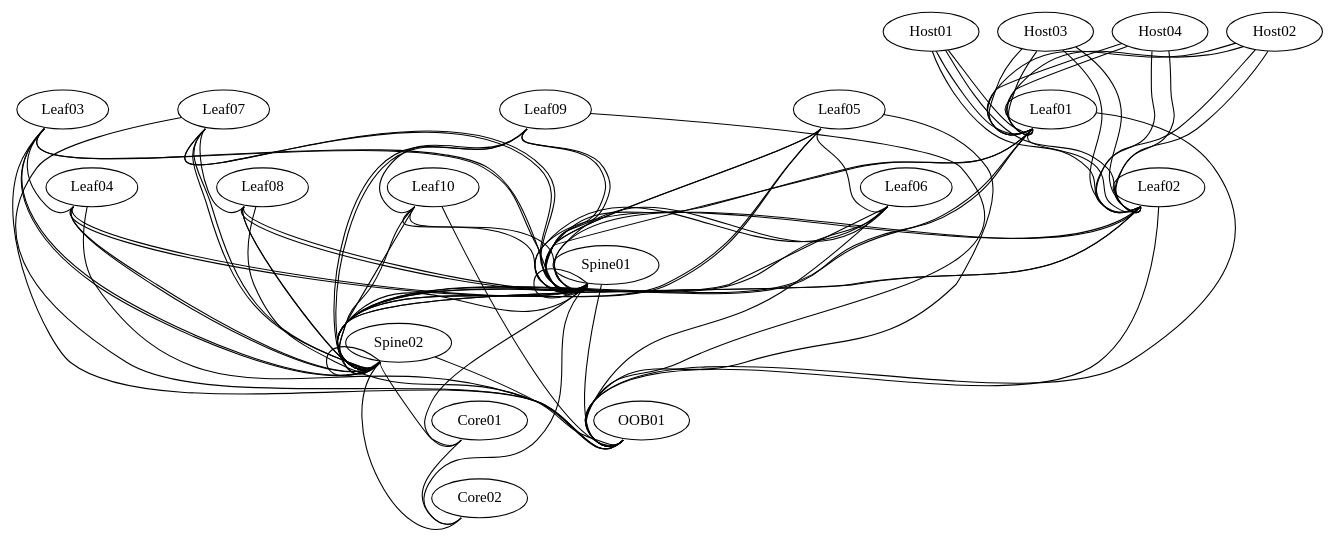
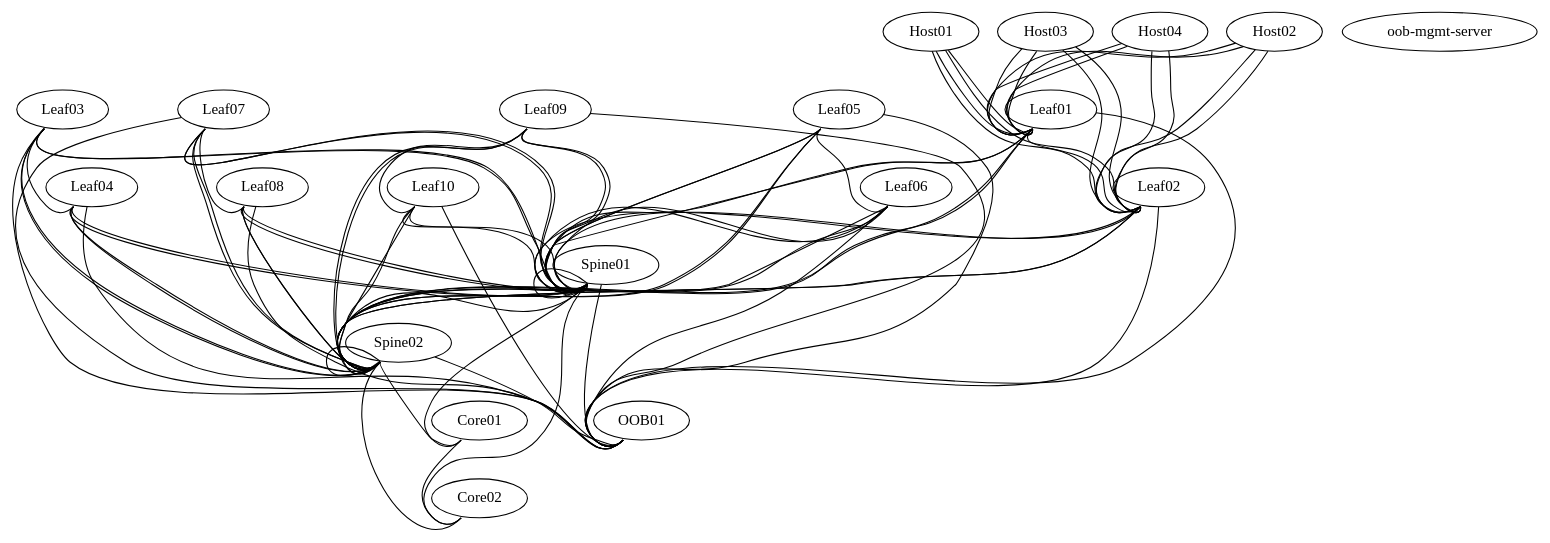
One commit to jhaydel/051616PoC changed the diagram in DOT_Files/10Leaf_LAG.dot. Above: the diagram before and after it, drawn with Graphviz. The commit also changed 9 other files, not shown here.

```diff
--- a/DOT_Files/10Leaf_LAG.dot
+++ b/DOT_Files/10Leaf_LAG.dot
@@ -1,127 +1,129 @@
 graph dc1 {
 
  "Core01" [function="core" os="CumulusCommunity/cumulus-vx" memory="300" config="./helper_scripts/extra_switch_config.sh"]
  "Core02" [function="core" os="CumulusCommunity/cumulus-vx" memory="300" config="./helper_scripts/extra_switch_config.sh"]
 
  "Spine01" [function="spine" os="CumulusCommunity/cumulus-vx" memory="300" config="./helper_scripts/extra_switch_config.sh"]
  "Spine02" [function="spine" os="CumulusCommunity/cumulus-vx" memory="300" config="./helper_scripts/extra_switch_config.sh"]
 
  "Leaf01" [function="leaf" os="CumulusCommunity/cumulus-vx" memory="300" config="./helper_scripts/extra_switch_config.sh"]
  "Leaf02" [function="leaf" os="CumulusCommunity/cumulus-vx" memory="300" config="./helper_scripts/extra_switch_config.sh"]
  "Leaf03" [function="leaf" os="CumulusCommunity/cumulus-vx" memory="300" config="./helper_scripts/extra_switch_config.sh"]
  "Leaf04" [function="leaf" os="CumulusCommunity/cumulus-vx" memory="300" config="./helper_scripts/extra_switch_config.sh"]
  "Leaf05" [function="leaf" os="CumulusCommunity/cumulus-vx" memory="300" config="./helper_scripts/extra_switch_config.sh"]
  "Leaf06" [function="leaf" os="CumulusCommunity/cumulus-vx" memory="300" config="./helper_scripts/extra_switch_config.sh"]
  "Leaf07" [function="leaf" os="CumulusCommunity/cumulus-vx" memory="300" config="./helper_scripts/extra_switch_config.sh"]
  "Leaf08" [function="leaf" os="CumulusCommunity/cumulus-vx" memory="300" config="./helper_scripts/extra_switch_config.sh"]
  "Leaf09" [function="leaf" os="CumulusCommunity/cumulus-vx" memory="300" config="./helper_scripts/extra_switch_config.sh"]
  "Leaf10" [function="leaf" os="CumulusCommunity/cumulus-vx" memory="300" config="./helper_scripts/extra_switch_config.sh"]
 
- "Host01" [function="host" os="CumulusCommunity/cumulus-vx" memory="300" config="./helper_scripts/extra_switch_config.sh"]
- "Host02" [function="host" os="CumulusCommunity/cumulus-vx" memory="300" config="./helper_scripts/extra_switch_config.sh"]
- "Host03" [function="host" os="CumulusCommunity/cumulus-vx" memory="300" config="./helper_scripts/extra_switch_config.sh"]
- "Host04" [function="host" os="CumulusCommunity/cumulus-vx" memory="300" config="./helper_scripts/extra_switch_config.sh"]
+ "Host01" [function="host" os="CumulusCommunity/cumulus-vx" memory="300" config="./helper_scripts/extra_host_config.sh"]
+ "Host02" [function="host" os="CumulusCommunity/cumulus-vx" memory="300" config="./helper_scripts/extra_host_config.sh"]
+ "Host03" [function="host" os="CumulusCommunity/cumulus-vx" memory="300" config="./helper_scripts/extra_host_config.sh"]
+ "Host04" [function="host" os="CumulusCommunity/cumulus-vx" memory="300" config="./helper_scripts/extra_host_config.sh"]
 
- "OOB01" [function="oob" os="CumulusCommunity/cumulus-vx" memory="300" config="./helper_scripts/extra_switch_config.sh"]
+ "OOB01" [function="oob" os="CumulusCommunity/cumulus-vx" memory="300" config="./helper_scripts/OOB_switch_config.sh"]
+ "oob-mgmt-server" [function="oob-server" os="boxcutter/ubuntu1404" memory="400" ubuntu=True config="./helper_scripts/OOB_Mgmt_Config.sh"]
+
 
    "Core01":"swp48" -- "Core02":"swp48"
 
    "Spine01":"swp20" -- "Core01":"swp01"
    "Spine01":"swp21" -- "Core02":"swp01"
    "Spine02":"swp20" -- "Core01":"swp02"
    "Spine02":"swp21" -- "Core02":"swp02"
 
    "Spine01":"swp1" -- "Spine02":"swp1"
    "Spine01":"swp2" -- "Spine01":"swp3"
    "Spine02":"swp2" -- "Spine02":"swp3"
 
    "Spine01":"eth0" -- "OOB01":"swp1"
    "Spine02":"eth0" -- "OOB01":"swp2"
 
    "Leaf01":"swp43" -- "Spine01":"swp28s0"
    "Leaf01":"swp44" -- "Spine01":"swp28s1"
    "Leaf01":"swp45" -- "Spine02":"swp28s0"
    "Leaf01":"swp46" -- "Spine02":"swp28s1"
 
    "Leaf02":"swp43" -- "Spine01":"swp28s2"
    "Leaf02":"swp44" -- "Spine01":"swp28s3"
    "Leaf02":"swp45" -- "Spine02":"swp28s2"
    "Leaf02":"swp46" -- "Spine02":"swp28s3"
 
    "Leaf03":"swp43" -- "Spine01":"swp29s0"
    "Leaf03":"swp44" -- "Spine01":"swp29s1"
    "Leaf03":"swp45" -- "Spine02":"swp29s0"
    "Leaf03":"swp46" -- "Spine02":"swp29s1"
 
    "Leaf04":"swp43" -- "Spine01":"swp29s2"
    "Leaf04":"swp44" -- "Spine01":"swp29s3"
    "Leaf04":"swp45" -- "Spine02":"swp29s2"
    "Leaf04":"swp46" -- "Spine02":"swp29s3"
 
    "Leaf05":"swp43" -- "Spine01":"swp30s0"
    "Leaf05":"swp44" -- "Spine01":"swp30s1"
    "Leaf05":"swp45" -- "Spine02":"swp30s0"
    "Leaf05":"swp46" -- "Spine02":"swp30s1"
 
    "Leaf06":"swp43" -- "Spine01":"swp30s2"
    "Leaf06":"swp44" -- "Spine01":"swp30s3"
    "Leaf06":"swp45" -- "Spine02":"swp30s2"
    "Leaf06":"swp46" -- "Spine02":"swp30s3"
 
    "Leaf07":"swp43" -- "Spine01":"swp31s0"
    "Leaf07":"swp44" -- "Spine01":"swp31s1"
    "Leaf07":"swp45" -- "Spine02":"swp31s0"
    "Leaf07":"swp46" -- "Spine02":"swp31s1"
 
    "Leaf08":"swp43" -- "Spine01":"swp31s2"
    "Leaf08":"swp44" -- "Spine01":"swp31s3"
    "Leaf08":"swp45" -- "Spine02":"swp31s2"
    "Leaf08":"swp46" -- "Spine02":"swp31s3"
 
    "Leaf09":"swp43" -- "Spine01":"swp32s0"
    "Leaf09":"swp44" -- "Spine01":"swp32s1"
    "Leaf09":"swp45" -- "Spine02":"swp32s0"
    "Leaf09":"swp46" -- "Spine02":"swp32s1"
 
    "Leaf10":"swp43" -- "Spine01":"swp32s2"
    "Leaf10":"swp44" -- "Spine01":"swp32s3"
    "Leaf10":"swp45" -- "Spine02":"swp32s2"
    "Leaf10":"swp46" -- "Spine02":"swp32s3"
 
    "Leaf01":"swp48" -- "Leaf02":"swp48"
    "Leaf03":"swp48" -- "Leaf04":"swp48"
    "Leaf05":"swp48" -- "Leaf06":"swp48"
    "Leaf07":"swp48" -- "Leaf08":"swp48"
    "Leaf09":"swp48" -- "Leaf10":"swp48"
 
    "Leaf01":"eth0" -- "OOB01":"swp3"
    "Leaf02":"eth0" -- "OOB01":"swp4"
    "Leaf03":"eth0" -- "OOB01":"swp5"
    "Leaf04":"eth0" -- "OOB01":"swp6"
    "Leaf05":"eth0" -- "OOB01":"swp7"
    "Leaf06":"eth0" -- "OOB01":"swp8"
    "Leaf07":"eth0" -- "OOB01":"swp9"
    "Leaf08":"eth0" -- "OOB01":"swp10"
    "Leaf09":"eth0" -- "OOB01":"swp11"
    "Leaf10":"eth0" -- "OOB01":"swp12"
 
    "Host01":"eth0" -- "Leaf01":"swp1"
    "Host01":"eth1" -- "Leaf01":"swp2"
    "Host01":"eth2" -- "Leaf02":"swp1"
    "Host01":"eth3" -- "Leaf02":"swp2"
 
    "Host02":"eth0" -- "Leaf01":"swp5"
    "Host02":"eth1" -- "Leaf01":"swp6"
    "Host02":"eth2" -- "Leaf02":"swp5"
    "Host02":"eth3" -- "Leaf02":"swp6"
 
    "Host03":"eth0" -- "Leaf01":"swp9"
    "Host03":"eth1" -- "Leaf01":"swp10"
    "Host03":"eth2" -- "Leaf02":"swp9"
    "Host03":"eth3" -- "Leaf02":"swp10"
 
    "Host04":"eth0" -- "Leaf01":"swp13"
    "Host04":"eth1" -- "Leaf01":"swp14"
    "Host04":"eth2" -- "Leaf02":"swp13"
    "Host04":"eth3" -- "Leaf02":"swp14"
 }
```
